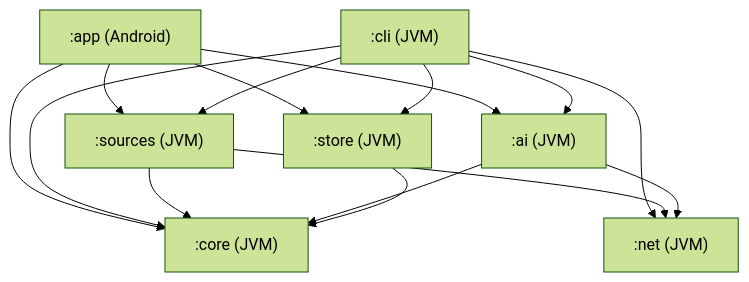
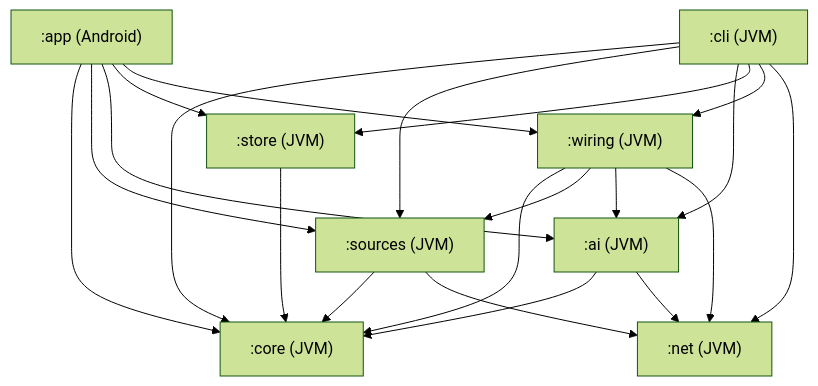
The first of 2 diagrams in design/architecture.md (wkusnierczyk/sleevesight), drawn with Mermaid (forest theme) before and after one commit. The commit also changed other lines of this file and 1 other file, not shown here.

First line of the commit message:
[DOCS] architecture.md: who creates the app's NetClient, given `:app` never touches `:net` (#133)

````diff
--- a/design/architecture.md
+++ b/design/architecture.md
@@ -78,19 +78,25 @@
 ```mermaid
 flowchart TD
   app[":app (Android)"] --> core
   app --> sources
   app --> ai
   app --> store
+  app --> wiring
   cli[":cli (JVM)"] --> core
   cli --> sources
   cli --> ai
   cli --> store
+  cli --> wiring
   cli --> net
+  wiring[":wiring (JVM)"] --> core
+  wiring --> sources
+  wiring --> ai
+  wiring --> net
   sources[":sources (JVM)"] --> core
   sources --> net
   ai[":ai (JVM)"] --> core
   ai --> net
   store[":store (JVM)"] --> core
   net[":net (JVM)"]
   core[":core (JVM)"]
 ```
````
